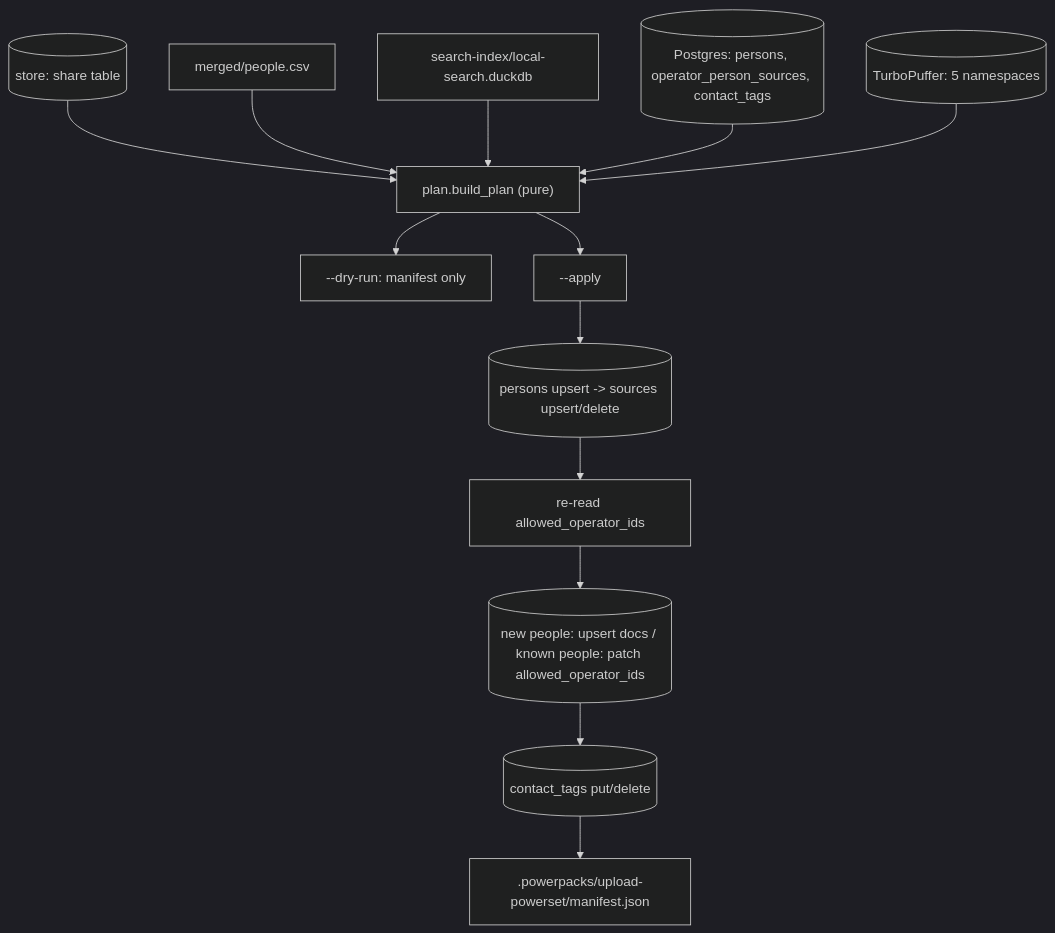
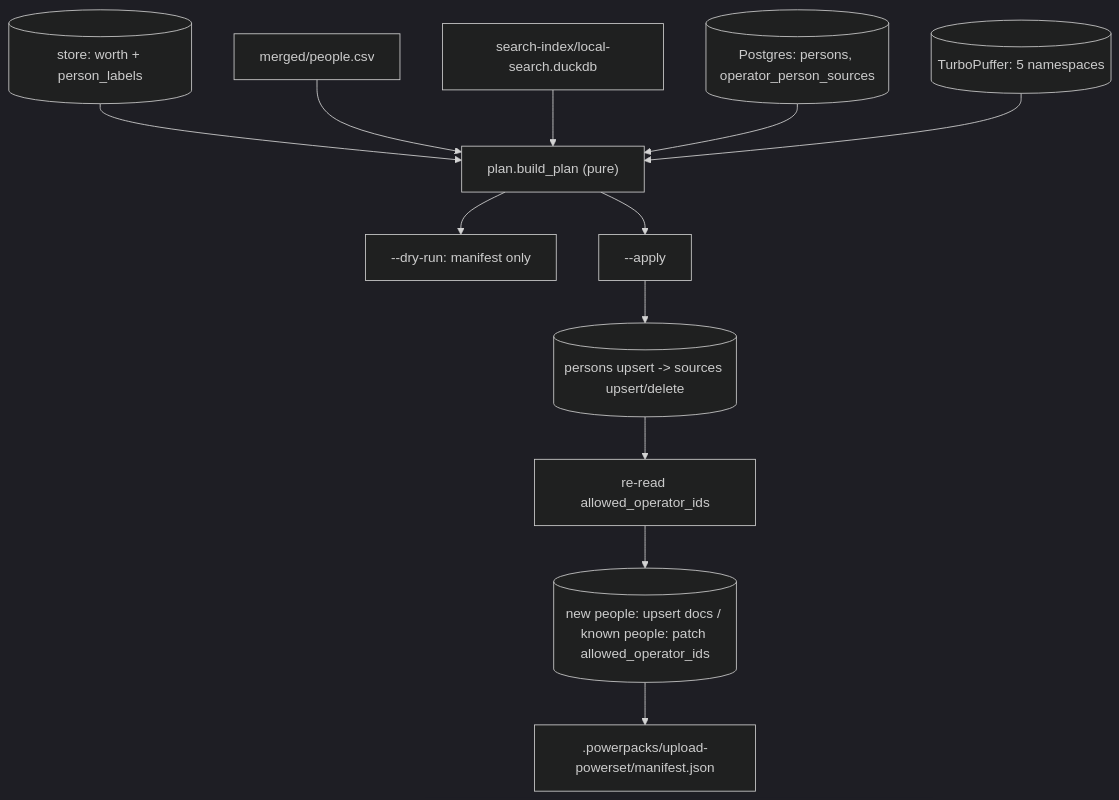
Before and after one commit to powerset-co/powerpacks: the diagram in packs/indexing/primitives/upload_powerset/README.md, drawn with Mermaid (dark theme). The commit also changed other lines of this file and 66 other files, not shown here.

First line of the commit message:
feat(people): worth yes/no in place of share; the upload behind a local switch

````diff
--- a/packs/indexing/primitives/upload_powerset/README.md
+++ b/packs/indexing/primitives/upload_powerset/README.md
@@ -26,15 +22,14 @@
 ```mermaid
 flowchart TD
-  share[("store: share table")] --> plan
+  share[("store: worth + person_labels")] --> plan
   people["merged/people.csv"] --> plan
   duck["search-index/local-search.duckdb"] --> plan
-  pg[("Postgres: persons, operator_person_sources, contact_tags")] --> plan
+  pg[("Postgres: persons, operator_person_sources")] --> plan
   tp[("TurboPuffer: 5 namespaces")] --> plan
   plan["plan.build_plan (pure)"] --> dry["--dry-run: manifest only"]
   plan --> apply["--apply"]
   apply --> pgw[("persons upsert -> sources upsert/delete")]
   pgw --> allowed["re-read allowed_operator_ids"]
   allowed --> tpw[("new people: upsert docs / known people: patch allowed_operator_ids")]
-  tpw --> tags[("contact_tags put/delete")]
-  tags --> manifest[".powerpacks/upload-powerset/manifest.json"]
+  tpw --> manifest[".powerpacks/upload-powerset/manifest.json"]
 ```
````
